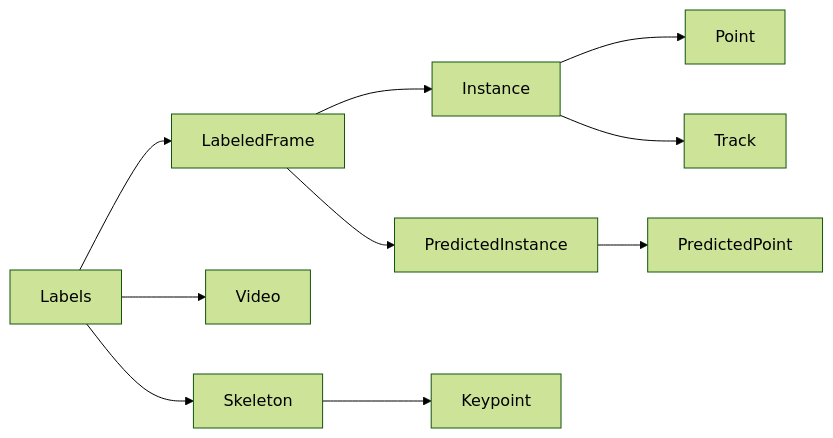
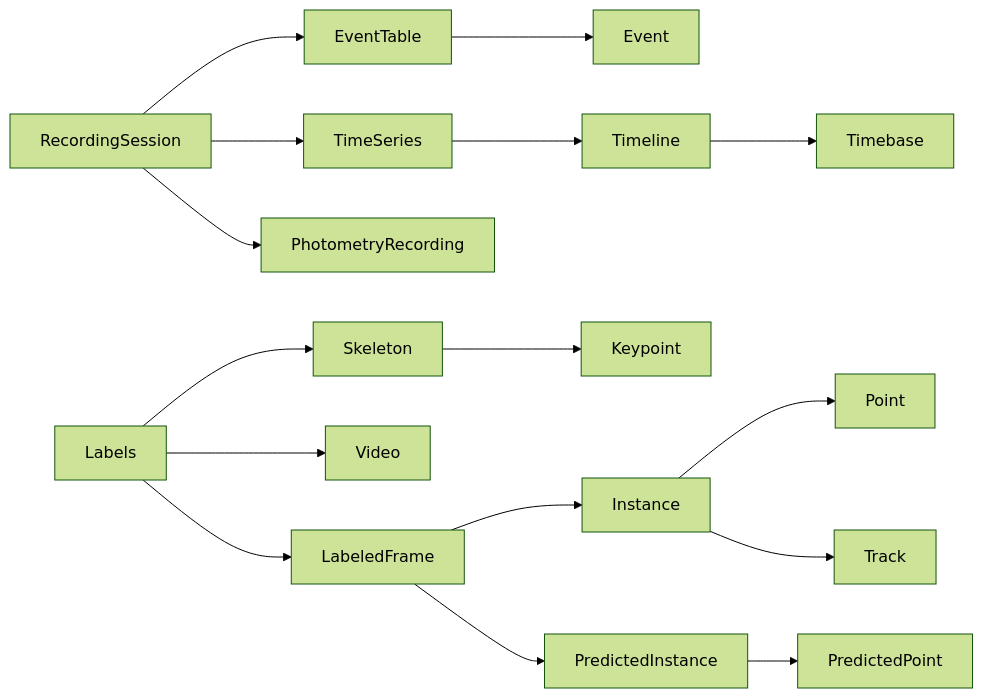
The diagram in docs/api/model.md (Alfredo-Sandoval/exp-pkg), drawn with Mermaid (forest theme) before and after one commit. The commit also changed other lines of this file and 36 other files, not shown here.

````diff
--- a/docs/api/model.md
+++ b/docs/api/model.md
@@ -13,12 +13,18 @@
 ```mermaid
 flowchart LR
+    RecordingSession --> EventTable
+    RecordingSession --> TimeSeries
+    RecordingSession --> PhotometryRecording
     Labels --> Skeleton
     Labels --> Video
     Labels --> LabeledFrame
     LabeledFrame --> Instance
     LabeledFrame --> PredictedInstance
     Instance --> Point
     PredictedInstance --> PredictedPoint
     Skeleton --> Keypoint
     Instance --> Track
+    EventTable --> Event
+    TimeSeries --> Timeline
+    Timeline --> Timebase
 ```
````
